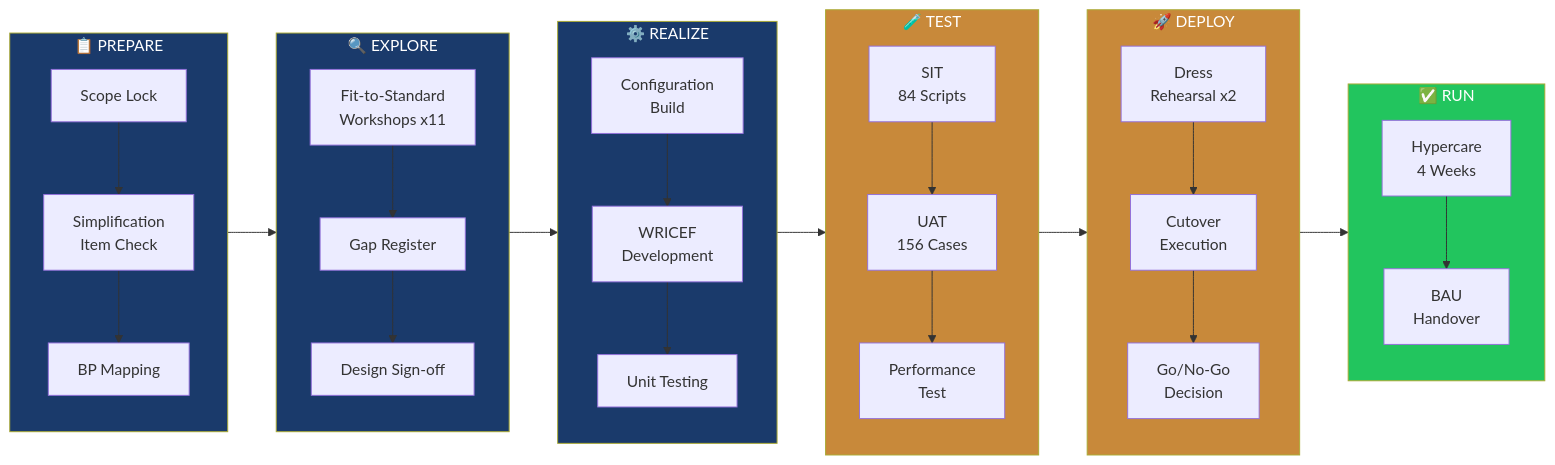
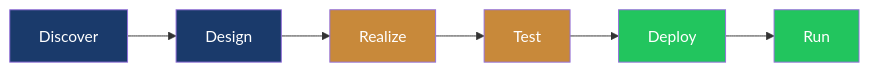
The third of 3 diagrams in README.md (prashanth-sap-sd/prashanth-sap-sd), drawn with Mermaid before and after one commit. The commit also changed other lines of this file, not shown here.

````diff
--- a/README.md
+++ b/README.md
@@ -171,40 +131,15 @@
 ```mermaid
 flowchart LR
-    subgraph PREPARE ["📋 PREPARE"]
-        A1["Scope Lock"] --> A2["Simplification\nItem Check"]
-        A2 --> A3["BP Mapping"]
-    end
+    A["Discover"] --> B["Design"]
+    B --> C["Realize"]
+    C --> D["Test"]
+    D --> E["Deploy"]
+    E --> F["Run"]
 
-    subgraph EXPLORE ["🔍 EXPLORE"]
-        B1["Fit-to-Standard\nWorkshops x11"] --> B2["Gap Register"]
-        B2 --> B3["Design Sign-off"]
-    end
-
-    subgraph REALIZE ["⚙️ REALIZE"]
-        C1["Configuration\nBuild"] --> C2["WRICEF\nDevelopment"]
-        C2 --> C3["Unit Testing"]
-    end
-
-    subgraph TEST ["🧪 TEST"]
-        D1["SIT\n84 Scripts"] --> D2["UAT\n156 Cases"]
-        D2 --> D3["Performance\nTest"]
-    end
-
-    subgraph DEPLOY ["🚀 DEPLOY"]
-        E1["Dress\nRehearsal x2"] --> E2["Cutover\nExecution"]
-        E2 --> E3["Go/No-Go\nDecision"]
-    end
-
-    subgraph RUN ["✅ RUN"]
-        F1["Hypercare\n4 Weeks"] --> F2["BAU\nHandover"]
-    end
-
-    PREPARE --> EXPLORE --> REALIZE --> TEST --> DEPLOY --> RUN
-
-    style PREPARE fill:#1a3a6b,color:#fff
-    style EXPLORE fill:#1a3a6b,color:#fff
-    style REALIZE fill:#1a3a6b,color:#fff
-    style TEST fill:#c8893a,color:#fff
-    style DEPLOY fill:#c8893a,color:#fff
-    style RUN fill:#22c55e,color:#fff
+    style A fill:#1a3a6b,color:#fff
+    style B fill:#1a3a6b,color:#fff
+    style C fill:#c8893a,color:#fff
+    style D fill:#c8893a,color:#fff
+    style E fill:#22c55e,color:#fff
+    style F fill:#22c55e,color:#fff
 ```
````
